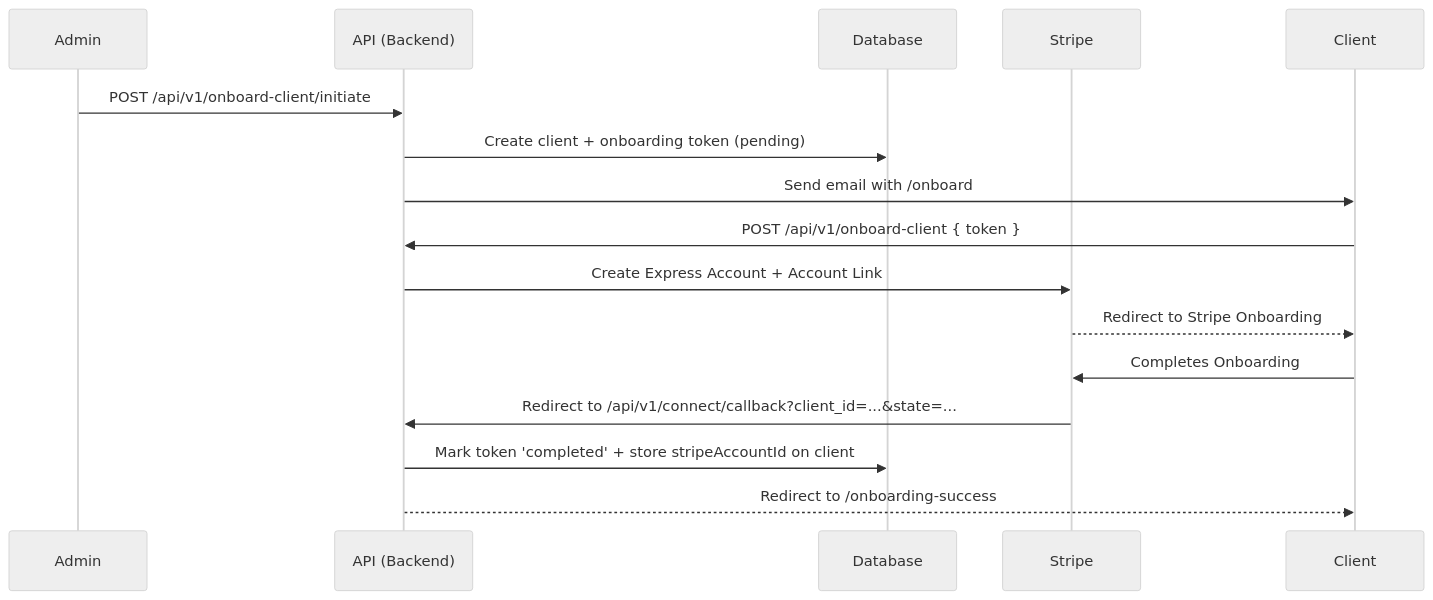
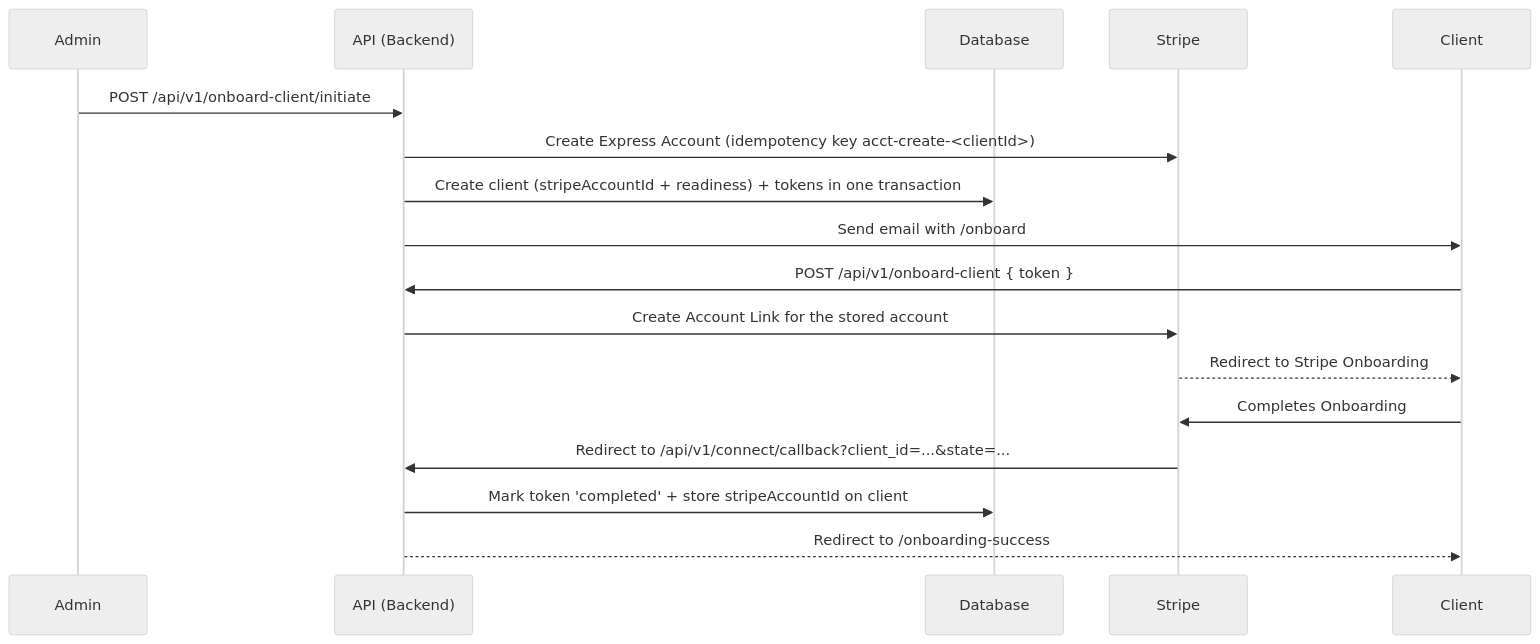
One commit to DFW-Software-Consulting/dfwsc2.0 changed the second of 2 diagrams in docs/ARCHITECTURE.md. Above: the diagram before and after it, drawn with Mermaid (neutral theme). The commit also changed 12 other files, not shown here.

First line of the commit message:
feat(connect): create Stripe Express accounts when portal clients are created (#187)

````diff
--- a/docs/ARCHITECTURE.md
+++ b/docs/ARCHITECTURE.md
@@ -41,19 +41,20 @@
 ```mermaid
 sequenceDiagram
     participant Admin
     participant A as API (Backend)
     participant DB as Database
     participant S as Stripe
     participant C as Client
 
     Admin->>A: POST /api/v1/onboard-client/initiate
-    A->>DB: Create client + onboarding token (pending)
+    A->>S: Create Express Account (idempotency key acct-create-<clientId>)
+    A->>DB: Create client (stripeAccountId + readiness) + tokens in one transaction
     A->>C: Send email with /onboard#token=...
     C->>A: POST /api/v1/onboard-client { token }
-    A->>S: Create Express Account + Account Link
+    A->>S: Create Account Link for the stored account
     S-->>C: Redirect to Stripe Onboarding
     C->>S: Completes Onboarding
     S->>A: Redirect to /api/v1/connect/callback?client_id=...&state=...
     A->>DB: Mark token 'completed' + store stripeAccountId on client
     A-->>C: Redirect to /onboarding-success
 ```
````
